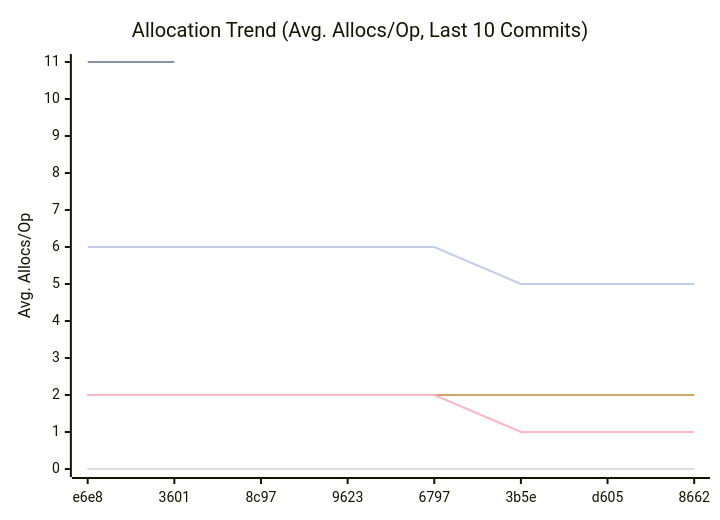
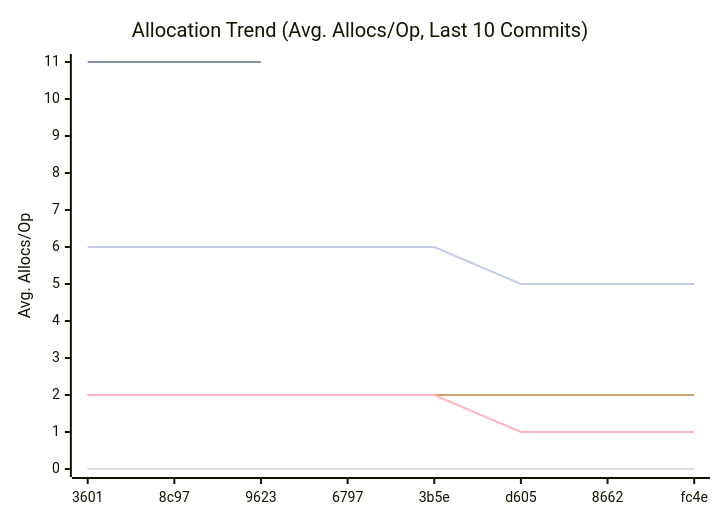
One commit to alsotoes/momo changed the third of 3 diagrams in docs/README.md. Above: the diagram before and after it, drawn with Mermaid. The commit also changed other lines of this file and 1 other file, not shown here.

````diff
--- a/docs/README.md
+++ b/docs/README.md
@@ -339,15 +339,15 @@
 ```mermaid
 xychart-beta
     title "Allocation Trend (Avg. Allocs/Op, Last 10 Commits)"
     x-axis "Commit"
     y-axis "Avg. Allocs/Op"
-    x-axis [e6e8,3601,8c97,9623,6797,3b5e,d605,8662]
+    x-axis [3601,8c97,9623,6797,3b5e,d605,8662,fc4e]
     line "CheckMetricsAndSwap" [0,0,0,0,0,0,0,0,0,0]
-    line "HashFile" [11,11]
+    line "HashFile" [11,11,11]
     line "IndexDirectTracking" [0,0,0,0,0,0,0,0,0,0]
     line "IndexSearch" [0,0,0,0,0,0,0,0,0,0]
     line "LoadGlobalConfig" [2,2,2,2,2,2,2,2,2,2]
     line "PadString" [2,2,2,2,2,2,2,2,2,2]
     line "ParseReplicationOrder_NoPrealloc" [6,6,6,6,6,5,5,5,5,5]
     line "ParseReplicationOrder_Prealloc" [2,2,2,2,2,1,1,1,1,1]
 ```
````
